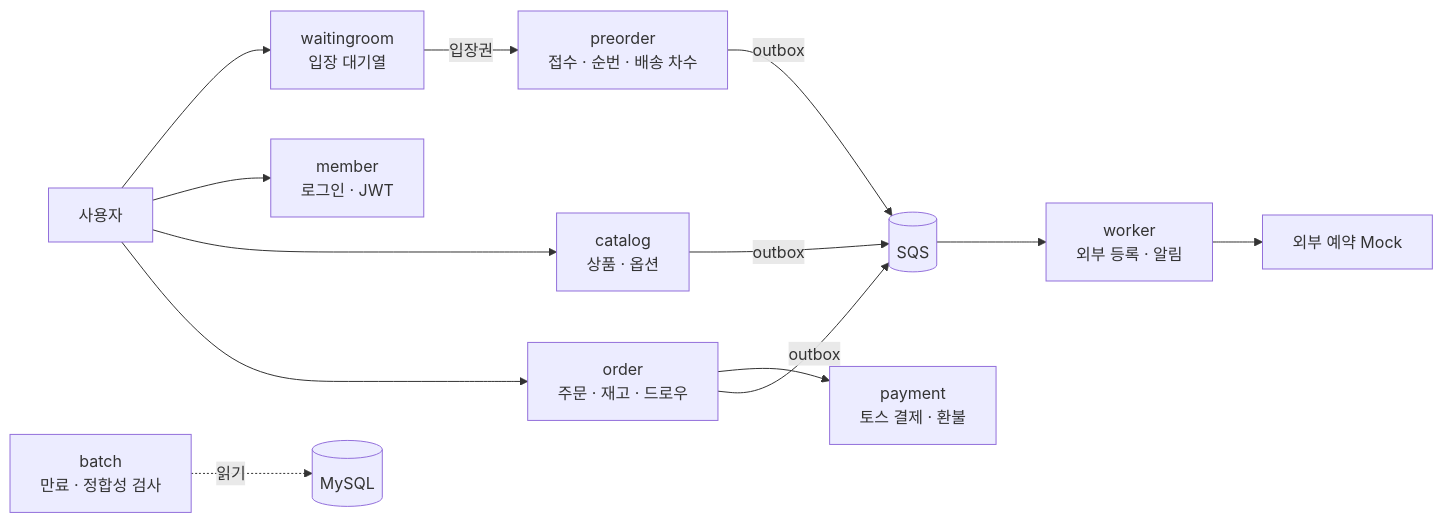
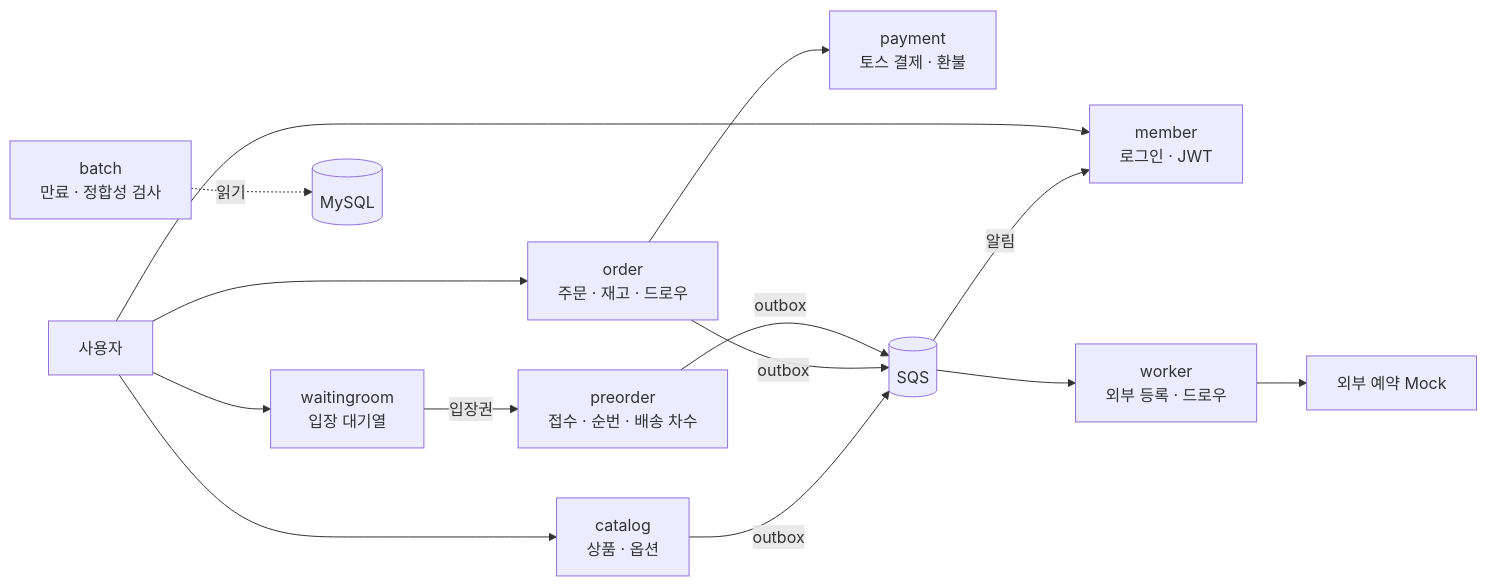
Before and after one commit to Grandis-2/be: the first of 3 diagrams in README.md, drawn with Mermaid. The commit also changed other lines of this file and 6 other files, not shown here.

````diff
--- a/README.md
+++ b/README.md
@@ -53,17 +53,18 @@
 ```mermaid
 flowchart LR
     U[사용자] --> WR[waitingroom<br/>입장 대기열]
     WR -- 입장권 --> PO[preorder<br/>접수 · 순번 · 배송 차수]
     U --> M[member<br/>로그인 · JWT]
     U --> C[catalog<br/>상품 · 옵션]
     U --> O[order<br/>주문 · 재고 · 드로우]
     O --> P[payment<br/>토스 결제 · 환불]
 
     PO -- outbox --> Q[(SQS)]
     O -- outbox --> Q
     C -- outbox --> Q
-    Q --> W[worker<br/>외부 등록 · 알림]
+    Q --> W[worker<br/>외부 등록 · 드로우]
+    Q -- 알림 --> M
     W --> X[외부 예약 Mock]
 
     B[batch<br/>만료 · 정합성 검사] -.읽기.-> DB[(MySQL)]
 ```
````
